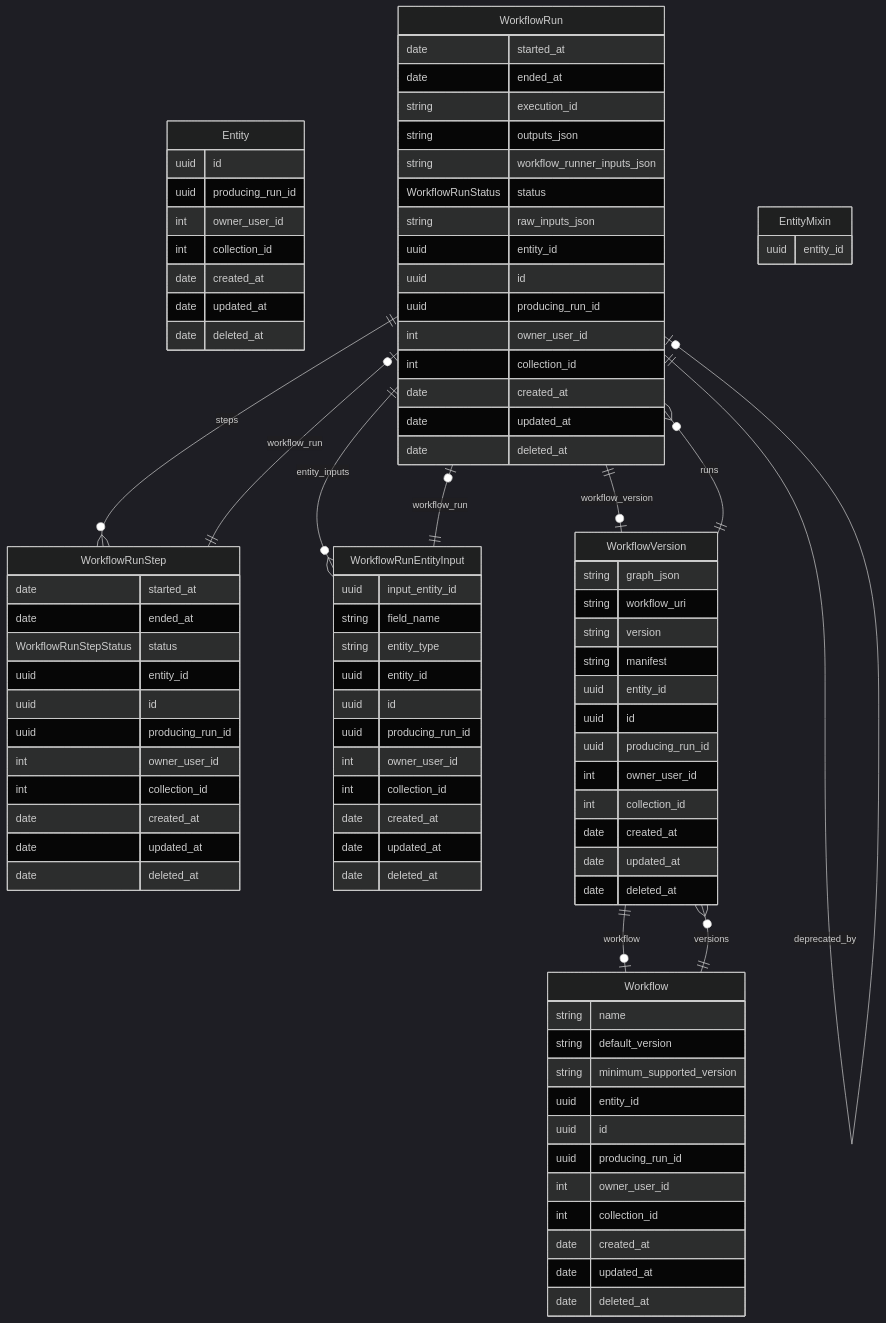
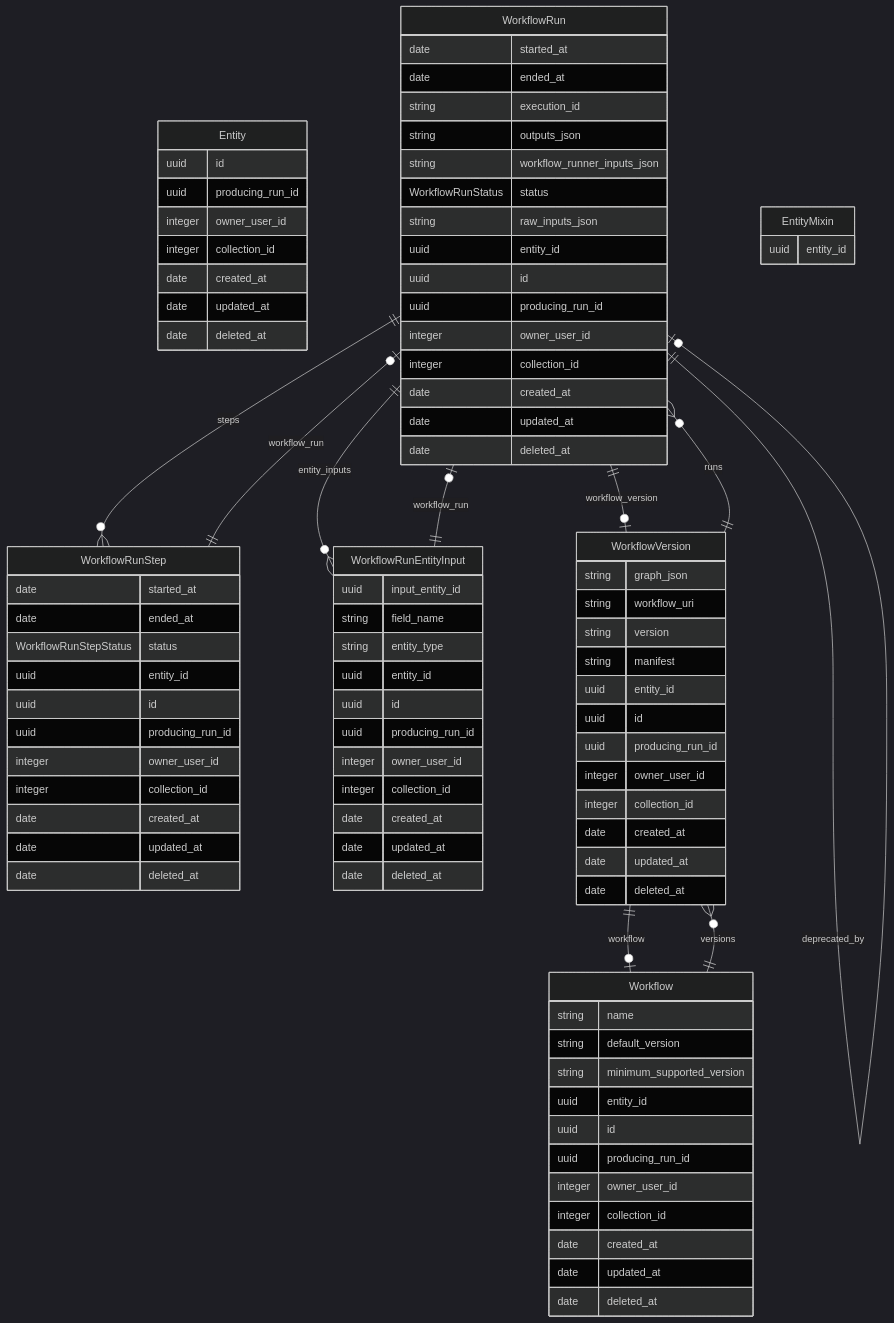
The diagram in workflows/schema/README.md (chanzuckerberg/czid-platformics), drawn with Mermaid (dark theme) before and after one commit. The commit also changed 48 other files, not shown here.

```diff
--- a/workflows/schema/README.md
+++ b/workflows/schema/README.md
@@ -3,8 +3,8 @@
 Entity {
     uuid id  
     uuid producing_run_id  
-    int owner_user_id  
-    int collection_id  
+    integer owner_user_id  
+    integer collection_id  
     date created_at  
     date updated_at  
     date deleted_at  
@@ -20,8 +20,8 @@
     uuid entity_id  
     uuid id  
     uuid producing_run_id  
-    int owner_user_id  
-    int collection_id  
+    integer owner_user_id  
+    integer collection_id  
     date created_at  
     date updated_at  
     date deleted_at  
@@ -33,8 +33,8 @@
     uuid entity_id  
     uuid id  
     uuid producing_run_id  
-    int owner_user_id  
-    int collection_id  
+    integer owner_user_id  
+    integer collection_id  
     date created_at  
     date updated_at  
     date deleted_at  
@@ -46,8 +46,8 @@
     uuid entity_id  
     uuid id  
     uuid producing_run_id  
-    int owner_user_id  
-    int collection_id  
+    integer owner_user_id  
+    integer collection_id  
     date created_at  
     date updated_at  
     date deleted_at  
@@ -59,8 +59,8 @@
     uuid entity_id  
     uuid id  
     uuid producing_run_id  
-    int owner_user_id  
-    int collection_id  
+    integer owner_user_id  
+    integer collection_id  
     date created_at  
     date updated_at  
     date deleted_at  
@@ -73,8 +73,8 @@
     uuid entity_id  
     uuid id  
     uuid producing_run_id  
-    int owner_user_id  
-    int collection_id  
+    integer owner_user_id  
+    integer collection_id  
     date created_at  
     date updated_at  
     date deleted_at  
```
